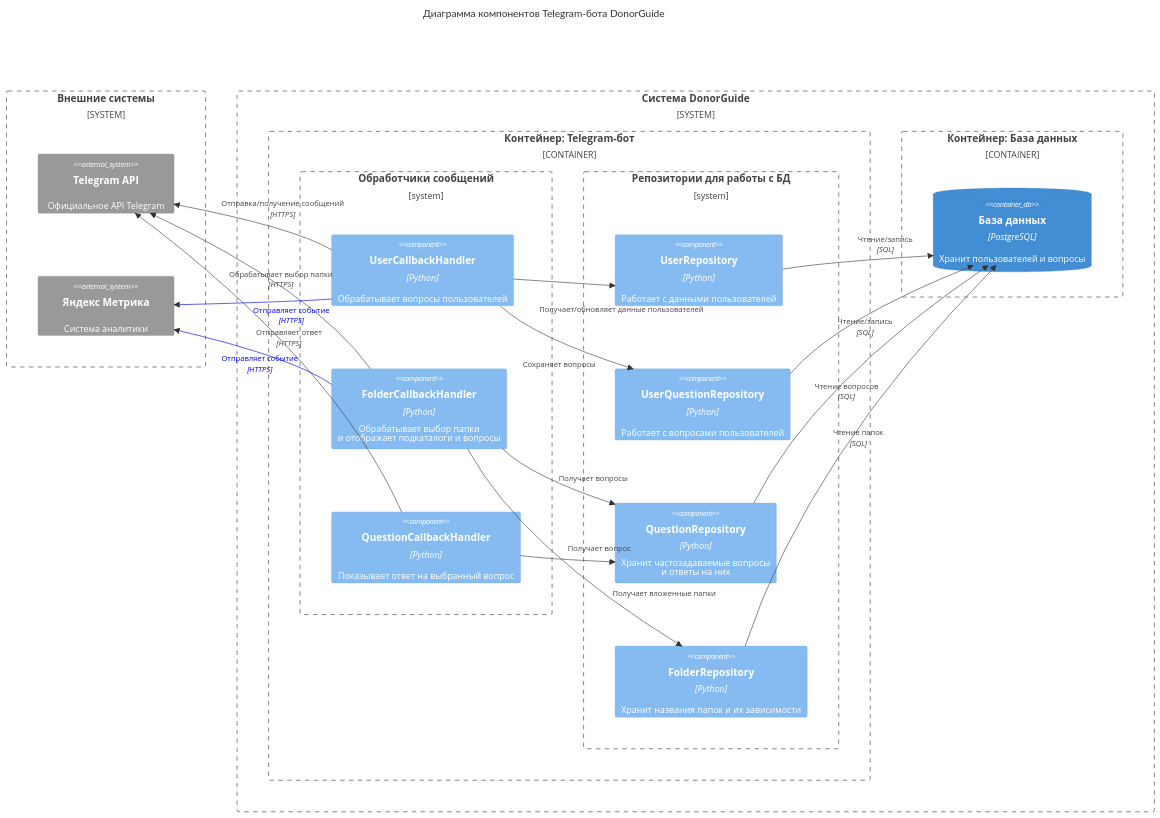
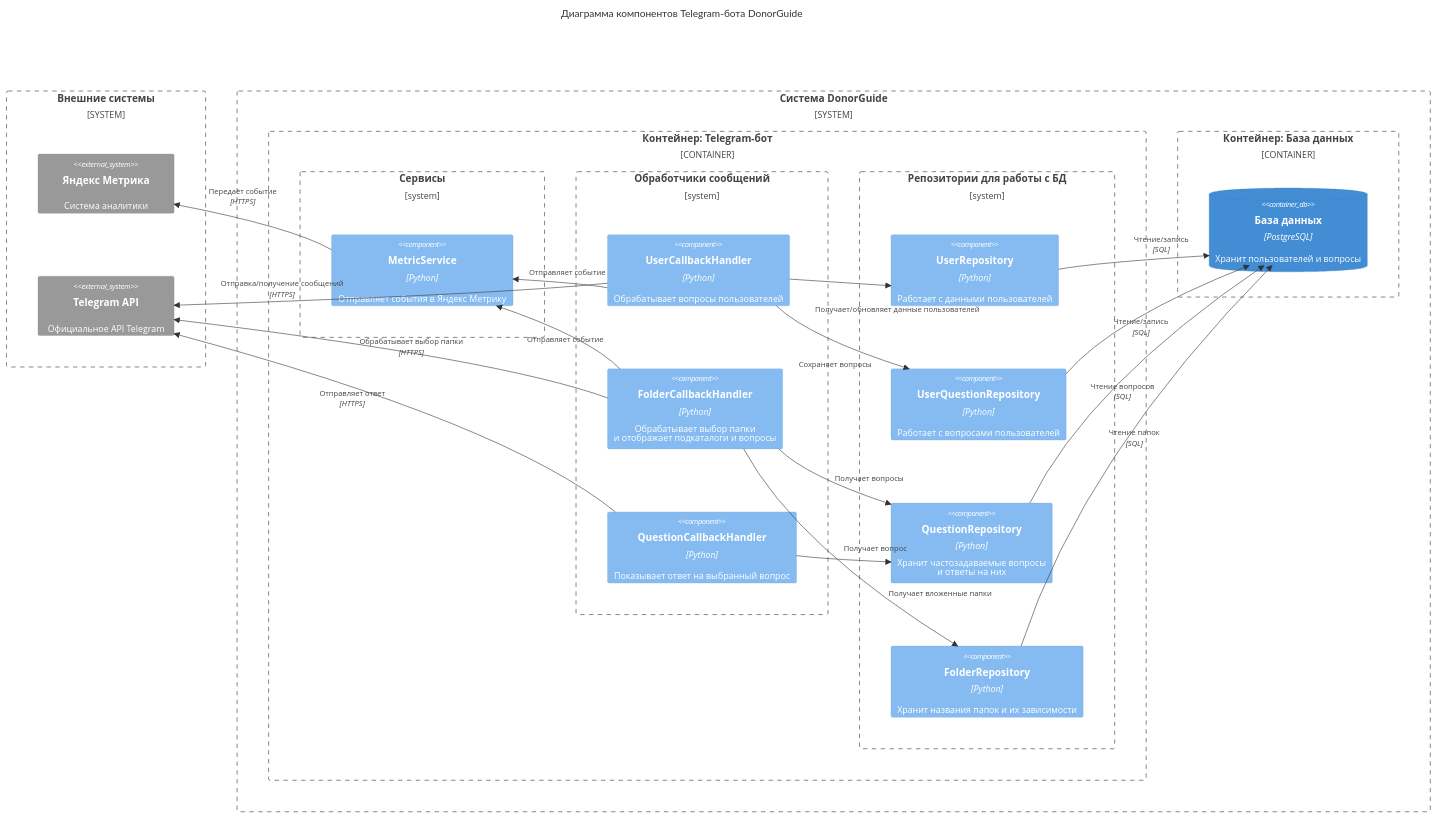
The diagram in docs/c4/components.md (hse-perm-sandbox/donor-guide-bot), drawn with Mermaid before and after one commit. The commit also changed other lines of this file, not shown here.

````diff
--- a/docs/c4/components.md
+++ b/docs/c4/components.md
@@ -4,68 +4,74 @@
 ```mermaid
 C4Component
     title Диаграмма компонентов Telegram-бота DonorGuide 
 
     System_Boundary(ext, "Внешние системы") {
+        System_Ext(metrica, "Яндекс Метрика", "Система аналитики")
         System_Ext(telegram, "Telegram API", "Официальное API Telegram")
-        System_Ext(metrica, "Яндекс Метрика", "Система аналитики")
     UpdateLayoutConfig($c4BoundaryInRow="1")
     }
     
     System_Boundary(boundary, "Система DonorGuide") {
         Container_Boundary(bot_container, "Контейнер: Telegram-бот") {
+
+            Boundary(services, "Сервисы") {
+                Component(metric_service, "MetricService", "Python", "Отправляет события в Яндекс Метрику")
+            }
 
             Boundary(handlers, "Обработчики сообщений") {
                 Component(user_question, "UserCallbackHandler", "Python", "Обрабатывает вопросы пользователей")
                 Component(folder_handler, "FolderCallbackHandler", "Python", "Обрабатывает выбор папки<br>и отображает подкаталоги и вопросы")
                 Component(question_handler, "QuestionCallbackHandler", "Python", "Показывает ответ на выбранный вопрос")
             }
 
             Boundary(repos, "Репозитории для работы с БД") {
                 Component(user_repo, "UserRepository", "Python", "Работает с данными пользователей")
                 Component(user_question_repo, "UserQuestionRepository", "Python", "Работает с вопросами пользователей")
                 Component(question_repo, "QuestionRepository", "Python", "Хранит частозадаваемые вопросы<br>и ответы на них")
                 Component(folder_repo, "FolderRepository", "Python", "Хранит названия папок и их зависимости")
             }
         }
         Container_Boundary(db_container, "Контейнер: База данных") {
             ContainerDb(db, "База данных", "PostgreSQL", "Хранит пользователей и вопросы")
         }
     }
 
     Rel(user_question, user_repo, "Получает/обновляет данные пользователей")
     UpdateRelStyle(user_question, user_repo, $offsetX="-40", $offsetY="40")
     Rel(user_question, user_question_repo, "Сохраняет вопросы")
     UpdateRelStyle(user_question, user_question_repo, $offsetX="-70", $offsetY="40")
     Rel(user_repo, db, "Чтение/запись", "SQL")
     UpdateRelStyle(user_repo, db, $offsetX="0", $offsetY="-40")
     Rel(user_question_repo, db, "Чтение/запись", "SQL")
     UpdateRelStyle(user_question_repo, db, $offsetX="-70")
     Rel(user_question, telegram, "Отправка/получение сообщений", "HTTPS")
-    UpdateRelStyle(user_question, telegram, $offsetX="-50", $offsetY="-40")
+    UpdateRelStyle(user_question, telegram, $offsetX="-270", $offsetY="-20")
 
     Rel(folder_handler, telegram, "Обрабатывает выбор папки", "HTTPS")
     UpdateRelStyle(folder_handler, telegram, $offsetX="-50", $offsetY="-30")
     Rel(folder_handler, folder_repo, "Получает вложенные папки")
     UpdateRelStyle(folder_handler, folder_repo, $offsetX="60", $offsetY="70")
     Rel(folder_handler, question_repo, "Получает вопросы")
     
     Rel(question_handler, telegram, "Отправляет ответ", "HTTPS")
-    UpdateRelStyle(question_handler, telegram, $offsetX="-20", $offsetY="-50")
+    UpdateRelStyle(question_handler, telegram, $offsetX="-120", $offsetY="-50")
     Rel(question_handler, question_repo, "Получает вопрос")
     UpdateRelStyle(question_handler, question_repo, $offsetX="0", $offsetY="-20")
     
-    Rel(folder_handler, metrica, "Отправляет событие", "HTTPS")
-    UpdateRelStyle(folder_handler, metrica, $textColor="blue", $lineColor="blue", $offsetX="-50", $offsetY="0")
-    Rel(user_question, metrica, "Отправляет событие", "HTTPS")
-    UpdateRelStyle(user_question, metrica, $textColor="blue", $lineColor="blue",  $offsetY="10")
+    Rel(folder_handler, metric_service, "Отправляет событие")
+    UpdateRelStyle(folder_handler, metric_service, $offsetX="-50", $offsetY="0")
+    Rel(user_question, metric_service, "Отправляет событие")
+    UpdateRelStyle(user_question, metric_service, $offsetX="-50",  $offsetY="-20")
     Rel(question_repo, db, "Чтение вопросов", "SQL")
     Rel(folder_repo, db, "Чтение папок", "SQL")
     UpdateRelStyle(question_repo, db, $offsetY="0", $offsetX="-90")
     UpdateRelStyle(folder_repo, db, $offsetY="-40", $offsetX="-60")
+    Rel(metric_service, metrica, "Передаёт событие", "HTTPS")
+    UpdateRelStyle(metric_service, metrica, $offsetY="-60", $offsetX="-70")
 
 
 
 
 
     UpdateLayoutConfig($c4ShapeInRow="1", $c4BoundaryInRow="3")
 ```
````
